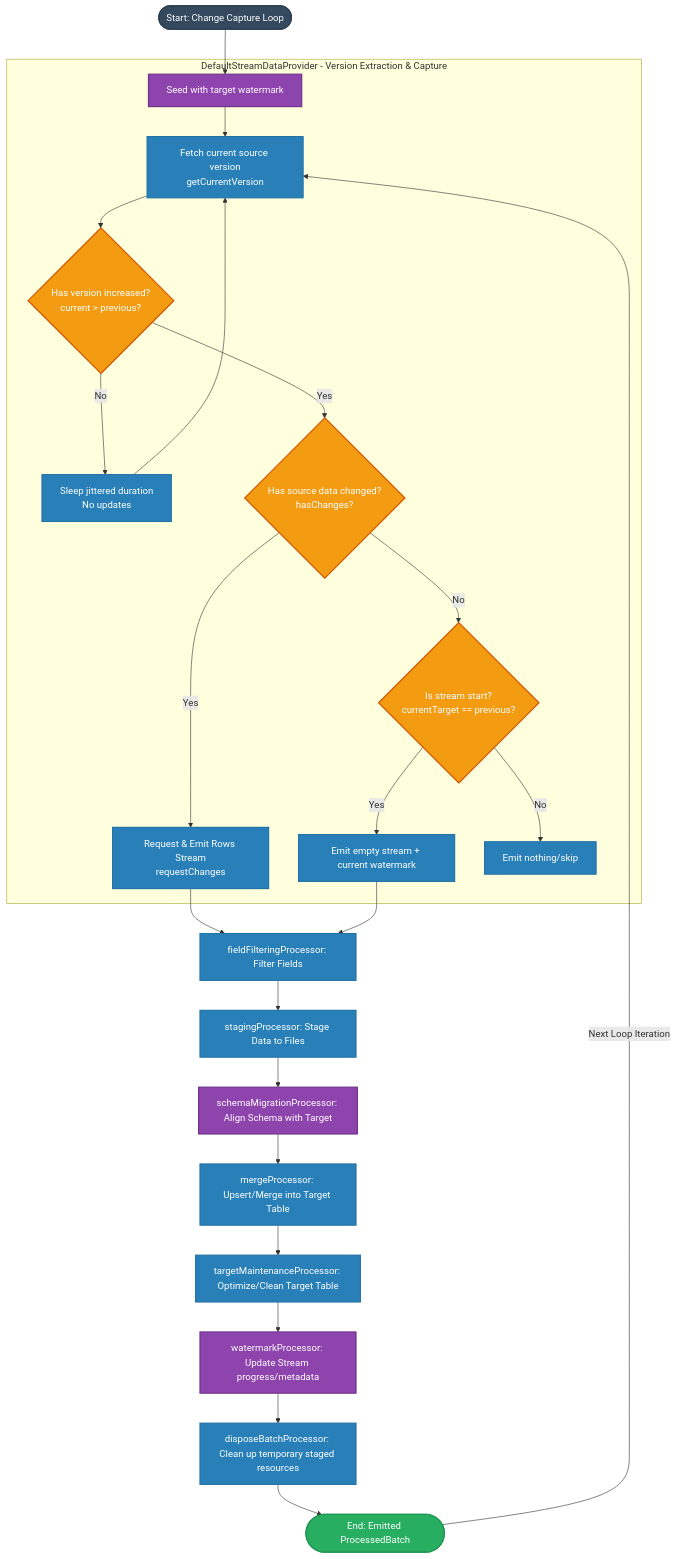
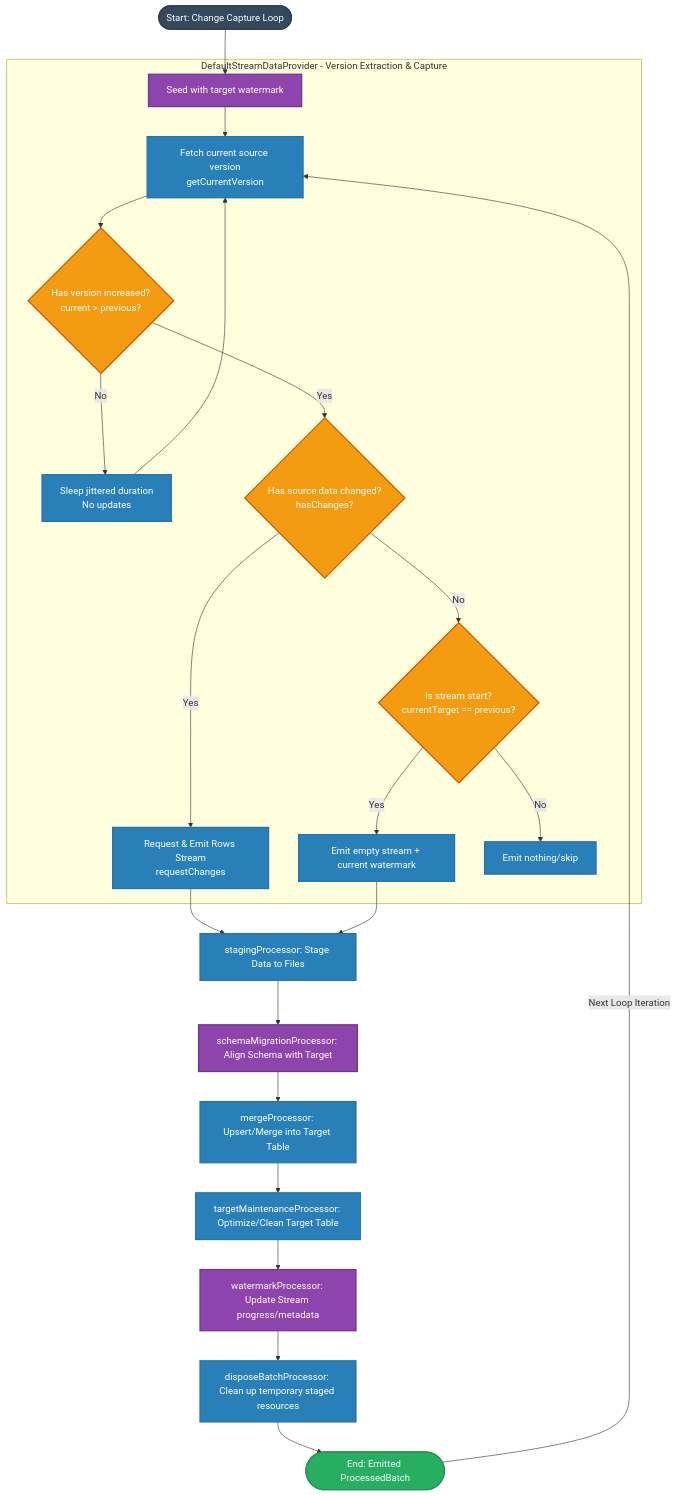
One commit to SneaksAndData/arcane-framework-scala changed the diagram in docs/default_streaming_graph_builder.md. Above: the diagram before and after it, drawn with Mermaid. The commit also changed other lines of this file and 54 other files, not shown here.

````diff
--- a/docs/default_streaming_graph_builder.md
+++ b/docs/default_streaming_graph_builder.md
@@ -53,65 +50,63 @@
 ```mermaid
 graph TD
     %% Define Styles
     classDef init fill:#34495e,stroke:#2c3e50,stroke-width:2px,color:#fff;
     classDef process fill:#2980b9,stroke:#2573a7,stroke-width:2px,color:#fff;
     classDef decision fill:#f39c12,stroke:#d35400,stroke-width:2px,color:#fff;
     classDef state fill:#8e44ad,stroke:#71338c,stroke-width:2px,color:#fff;
     classDef endNode fill:#27ae60,stroke:#219653,stroke-width:2px,color:#fff;
 
     Start([Start: Change Capture Loop]):::init
     
     subgraph Stream_Initialization [DefaultStreamDataProvider - Version Extraction & Capture]
         Seed[Seed with target watermark]:::state
         FetchVersion[Fetch current source version<br>getCurrentVersion]:::process
         CheckVersion{Has version increased?<br>current > previous?}:::decision
         Sleep[Sleep jittered duration<br>No updates]:::process
         
         CheckChanges{Has source data changed?<br>hasChanges?}:::decision
         CheckStart{Is stream start?<br>currentTarget == previous?}:::decision
         
         EmitChanges[Request & Emit Rows Stream<br>requestChanges]:::process
         EmitEmptyWatermark[Emit empty stream + current watermark]:::process
         EmptyStream[Emit nothing/skip]:::process
     end
 
-    FieldFilter[fieldFilteringProcessor: Filter Fields]:::process
     Staging[stagingProcessor: Stage Data to Files]:::process
     SchemaMigration[schemaMigrationProcessor: Align Schema with Target]:::state
     MergeData[mergeProcessor: Upsert/Merge into Target Table]:::process
     Maintenance[targetMaintenanceProcessor: Optimize/Clean Target Table]:::process
     Watermark[watermarkProcessor: Update Stream progress/metadata]:::state
     Dispose[disposeBatchProcessor: Clean up temporary staged resources]:::process
     
     EndNode([End: Emitted ProcessedBatch]):::endNode
 
     %% Version Extraction Connections
     Start --> Seed
     Seed --> FetchVersion
     FetchVersion --> CheckVersion
     
     CheckVersion -- No --> Sleep
     Sleep --> FetchVersion
     
     CheckVersion -- Yes --> CheckChanges
     CheckChanges -- Yes --> EmitChanges
     CheckChanges -- No --> CheckStart
     
     CheckStart -- Yes --> EmitEmptyWatermark
     CheckStart -- No --> EmptyStream
     
     %% Pipeline Connections
-    EmitChanges --> FieldFilter
-    EmitEmptyWatermark --> FieldFilter
+    EmitChanges --> Staging
+    EmitEmptyWatermark --> Staging
     
-    FieldFilter --> Staging
     Staging --> SchemaMigration
     SchemaMigration --> MergeData
     MergeData --> Maintenance
     Maintenance --> Watermark
     Watermark --> Dispose
     Dispose --> EndNode
     
     %% Loop Resumption
     EndNode -->|Next Loop Iteration| FetchVersion
 ```
````
